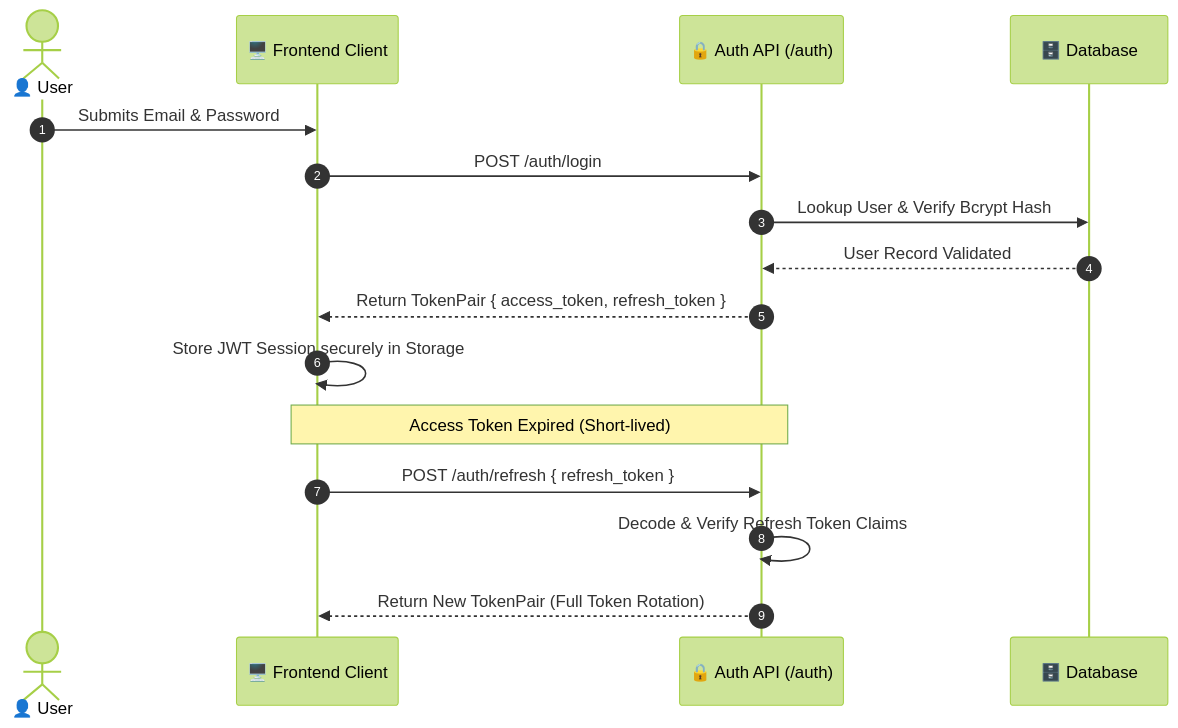
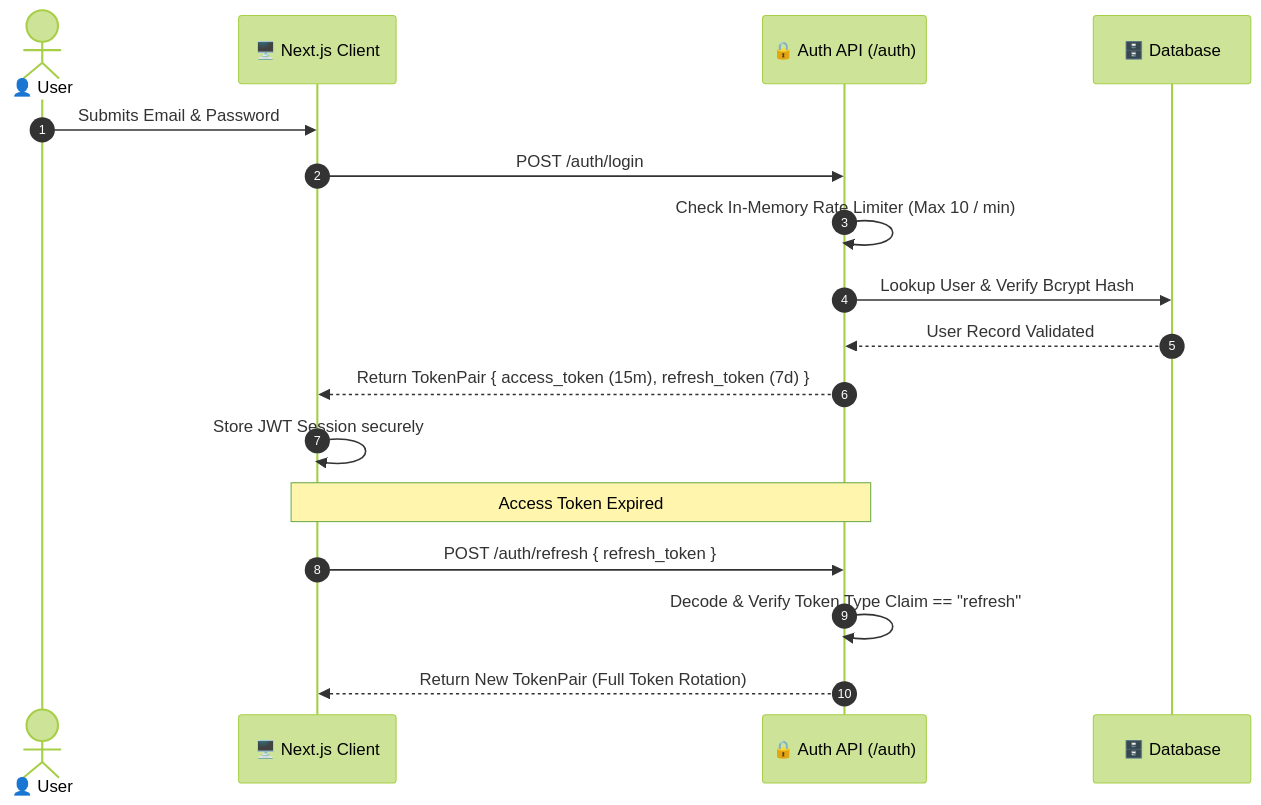
Before and after one commit to oggigachad/dayflow: the third of 4 diagrams in README.md, drawn with Mermaid (forest theme). The commit also changed other lines of this file and 34 other files, not shown here.

Commit message:
Implement judging-optimized architecture: layered services, audit log, pytest suite, CI/CD, and Zod validation

````diff
--- a/README.md
+++ b/README.md
@@ -135,20 +163,21 @@
 ```mermaid
 sequenceDiagram
     autonumber
     actor User as 👤 User
-    participant App as 🖥️ Frontend Client
+    participant App as 🖥️ Next.js Client
     participant Auth as 🔒 Auth API (/auth)
-    participant Store as 🗄️ Database
+    participant DB as 🗄️ Database
 
     User->>App: Submits Email & Password
     App->>Auth: POST /auth/login
-    Auth->>Store: Lookup User & Verify Bcrypt Hash
-    Store-->>Auth: User Record Validated
-    Auth-->>App: Return TokenPair { access_token, refresh_token }
-    App->>App: Store JWT Session securely in Storage
+    Auth->>Auth: Check In-Memory Rate Limiter (Max 10 / min)
+    Auth->>DB: Lookup User & Verify Bcrypt Hash
+    DB-->>Auth: User Record Validated
+    Auth-->>App: Return TokenPair { access_token (15m), refresh_token (7d) }
+    App->>App: Store JWT Session securely
 
-    Note over App,Auth: Access Token Expired (Short-lived)
+    Note over App,Auth: Access Token Expired
     App->>Auth: POST /auth/refresh { refresh_token }
-    Auth->>Auth: Decode & Verify Refresh Token Claims
+    Auth->>Auth: Decode & Verify Token Type Claim == "refresh"
     Auth-->>App: Return New TokenPair (Full Token Rotation)
 ```
````
